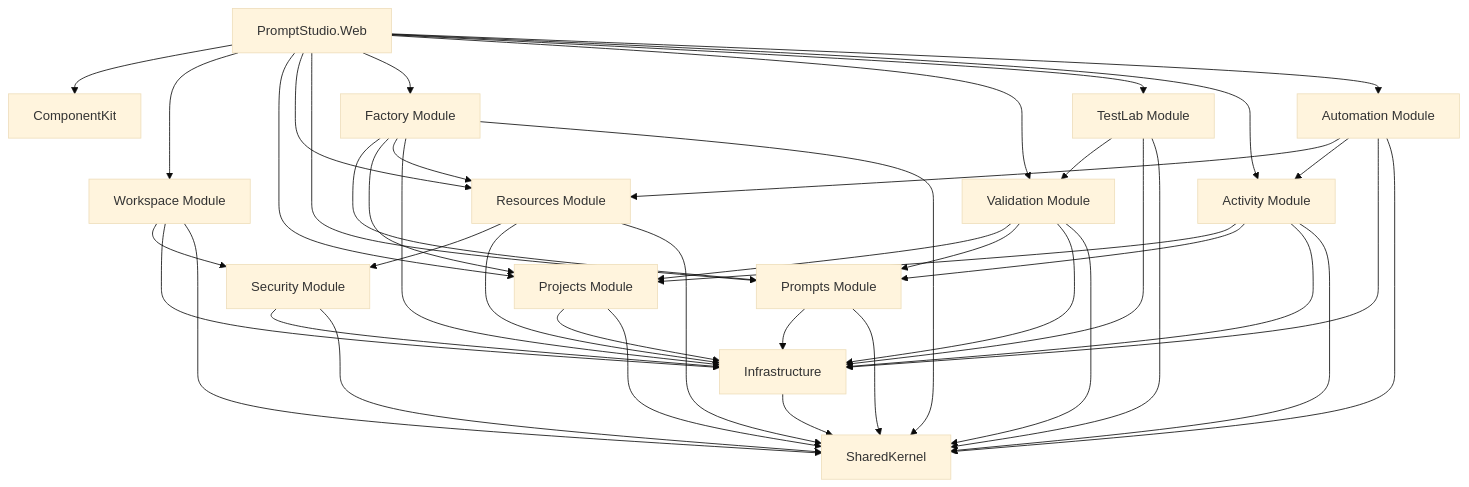
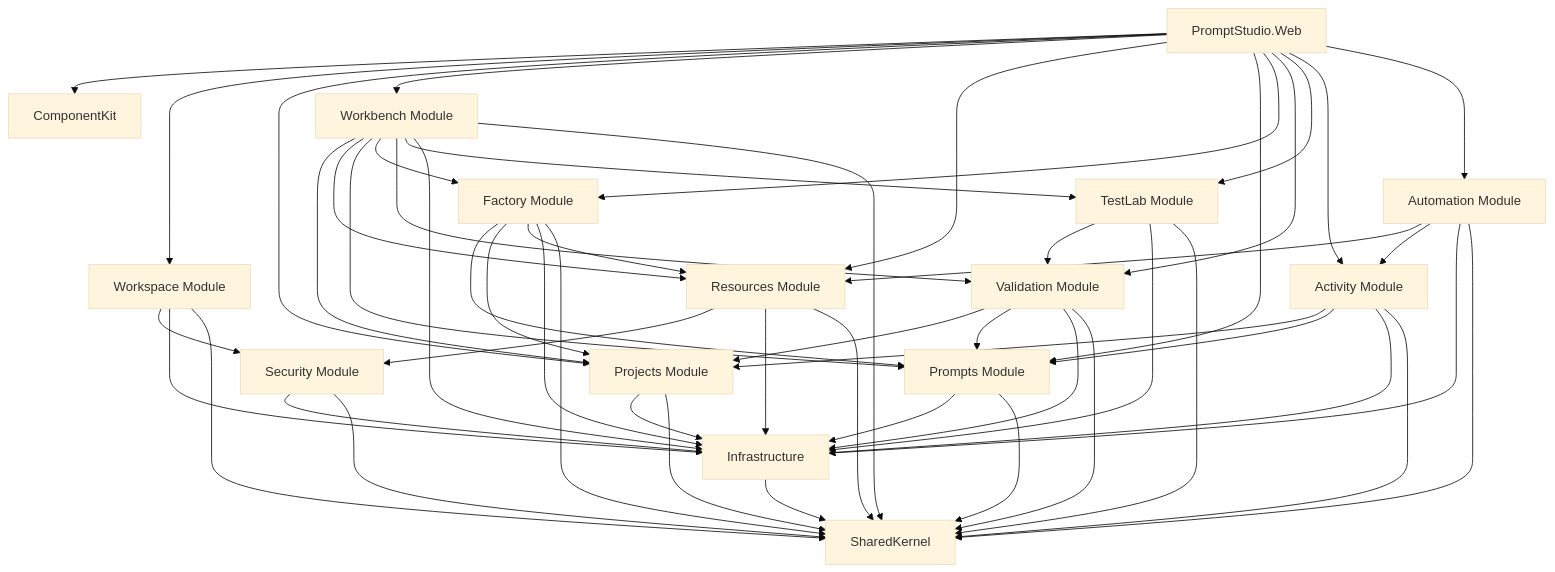
The diagram in PromptStudio_Architecture_Package/diagrams/02-module-map.mmd (fyziktom/CanDoItAll), drawn with Mermaid (base theme) before and after one commit. The commit also changed 26 other files, not shown here.

Commit message:
improve architecture info

```diff
--- a/PromptStudio_Architecture_Package/diagrams/02-module-map.mmd
+++ b/PromptStudio_Architecture_Package/diagrams/02-module-map.mmd
@@ -1,64 +1,74 @@
 %% 02-module-map.mmd
 flowchart TB
     Web["PromptStudio.Web"]
     CK["ComponentKit"]
     SK["SharedKernel"]
     INF["Infrastructure"]
 
     WS["Workspace Module"]
     SEC["Security Module"]
     PROJ["Projects Module"]
+    WB["Workbench Module"]
     RES["Resources Module"]
     PR["Prompts Module"]
     FAC["Factory Module"]
     VAL["Validation Module"]
     TEST["TestLab Module"]
     ACT["Activity Module"]
     AUTO["Automation Module"]
 
     Web --> CK
     Web --> WS
     Web --> PROJ
+    Web --> WB
     Web --> RES
     Web --> PR
     Web --> FAC
     Web --> VAL
     Web --> TEST
     Web --> ACT
     Web --> AUTO
 
     WS --> SEC
     RES --> SEC
+    WB --> PROJ
+    WB --> RES
+    WB --> PR
+    WB --> FAC
+    WB --> VAL
+    WB --> TEST
     FAC --> PR
     FAC --> PROJ
     FAC --> RES
     VAL --> PROJ
     VAL --> PR
     TEST --> VAL
     ACT --> PROJ
     ACT --> PR
     AUTO --> RES
     AUTO --> ACT
 
     WS --> INF
     SEC --> INF
     PROJ --> INF
+    WB --> INF
     RES --> INF
     PR --> INF
     FAC --> INF
     VAL --> INF
     TEST --> INF
     ACT --> INF
     AUTO --> INF
 
     INF --> SK
     WS --> SK
     SEC --> SK
     PROJ --> SK
+    WB --> SK
     RES --> SK
     PR --> SK
     FAC --> SK
     VAL --> SK
     TEST --> SK
     ACT --> SK
     AUTO --> SK
```
